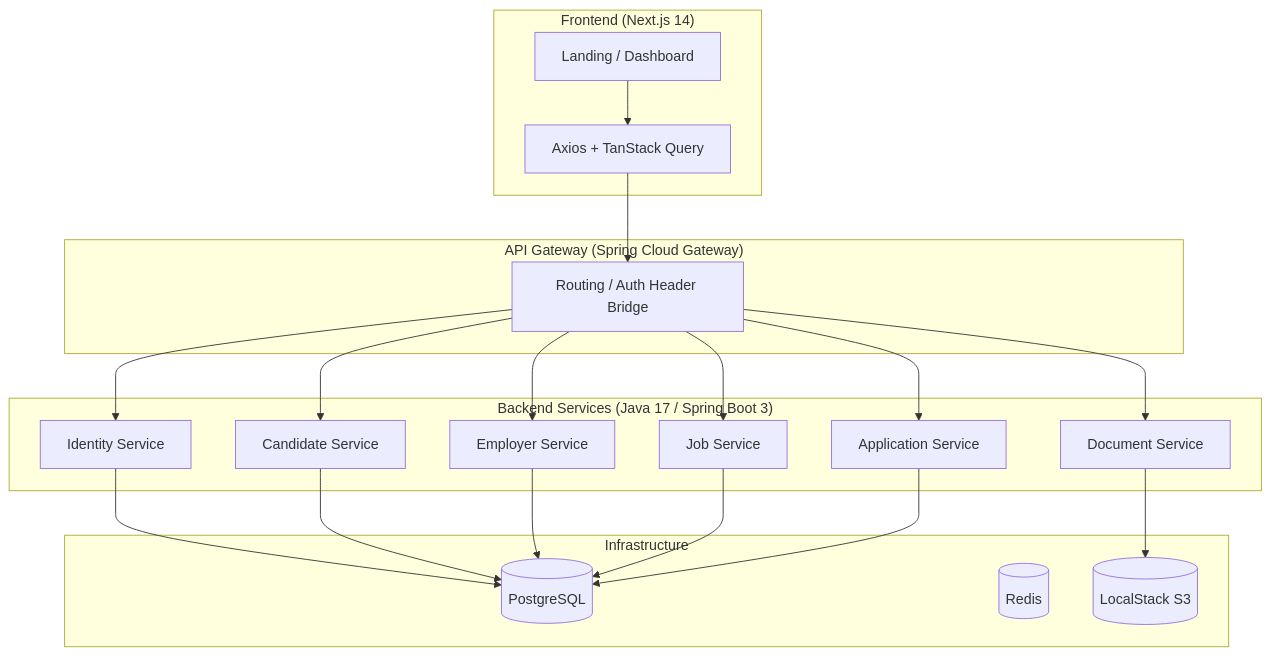
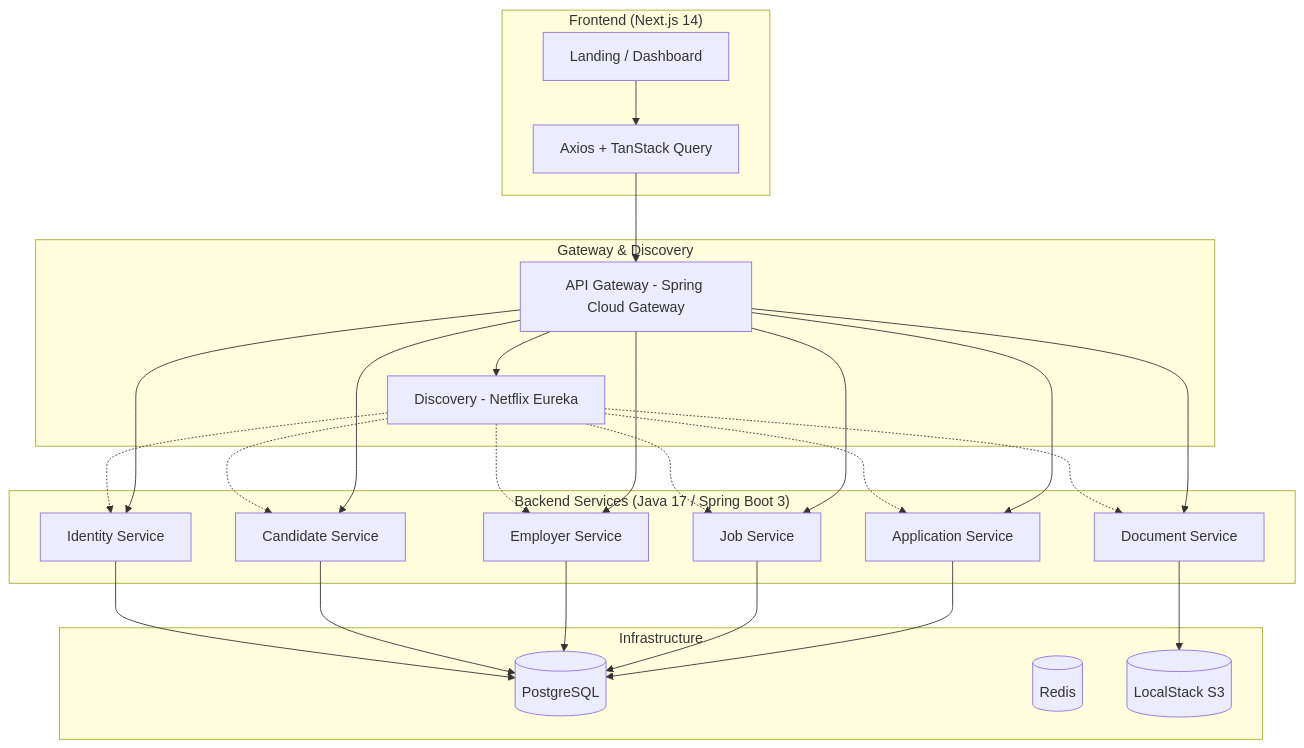
The diagram in README.md (beyhosni/SportsMajors), drawn with Mermaid before and after one commit. The commit also changed other lines of this file, not shown here.

````diff
--- a/README.md
+++ b/README.md
@@ -19,38 +19,36 @@
 ```mermaid
 graph TD
     subgraph "Frontend (Next.js 14)"
         UI[Landing / Dashboard]
         API_Client[Axios + TanStack Query]
     end
 
-    subgraph "API Gateway (Spring Cloud Gateway)"
-        GW[Routing / Auth Header Bridge]
+    subgraph "Gateway & Discovery"
+        GW[API Gateway - Spring Cloud Gateway]
+        SD[Discovery - Netflix Eureka]
     end
 
     subgraph "Backend Services (Java 17 / Spring Boot 3)"
         Auth[Identity Service]
         Candidate[Candidate Service]
         Employer[Employer Service]
         Jobs[Job Service]
         App[Application Service]
         Docs[Document Service]
     end
 
     subgraph "Infrastructure"
         DB[(PostgreSQL)]
         Cache[(Redis)]
         S3[(LocalStack S3)]
     end
 
     UI --> API_Client
     API_Client --> GW
-    GW --> Auth
-    GW --> Candidate
-    GW --> Employer
-    GW --> Jobs
-    GW --> App
-    GW --> Docs
+    GW --> SD
+    SD -.-> Auth & Candidate & Employer & Jobs & App & Docs
+    GW --> Auth & Candidate & Employer & Jobs & App & Docs
 
     Auth & Candidate & Employer & Jobs & App --> DB
     Docs --> S3
 ```
````
